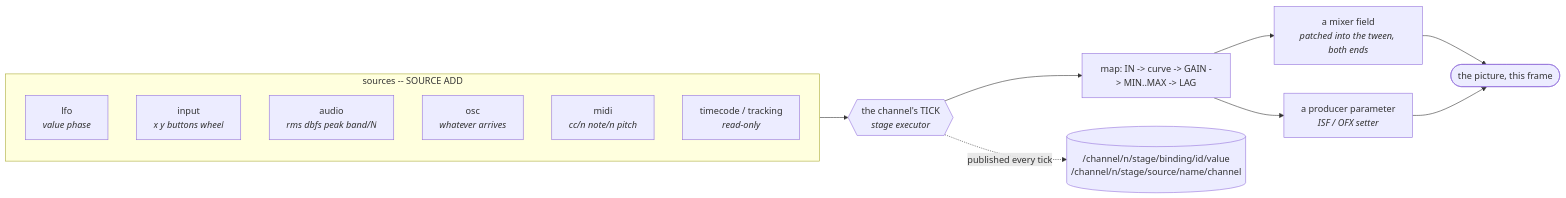
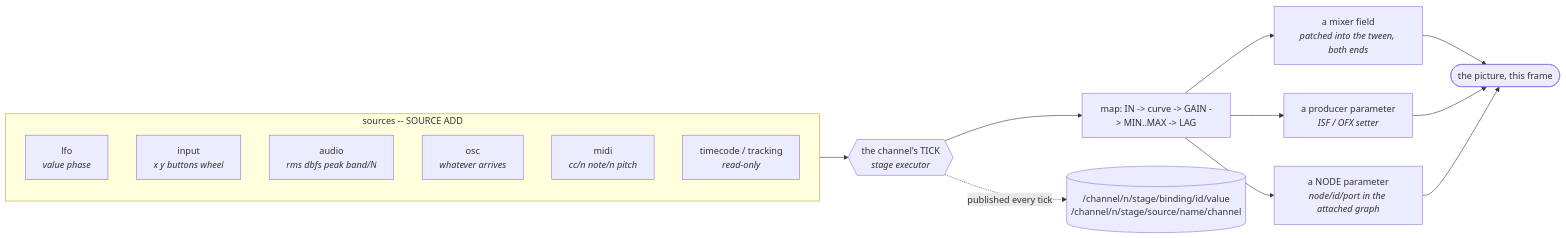
One commit to C-alcaide/server changed the diagram in docs/features/reactive.md. Above: the diagram before and after it, drawn with Mermaid. The commit also changed other lines of this file and 1 other file, not shown here.

First line of the commit message:
docs: a binding can drive a NODE parameter, and timeline.md contradicted itself about ranks

````diff
--- a/docs/features/reactive.md
+++ b/docs/features/reactive.md
@@ -46,18 +46,20 @@
 ```mermaid
 flowchart LR
     subgraph sources["sources -- SOURCE ADD"]
         LFO["lfo<br/><i>value phase</i>"]
         IN["input<br/><i>x y buttons wheel</i>"]
         AUD["audio<br/><i>rms dbfs peak band/N</i>"]
         OSC["osc<br/><i>whatever arrives</i>"]
         MIDI["midi<br/><i>cc/n note/n pitch</i>"]
         TC["timecode / tracking<br/><i>read-only</i>"]
     end
     sources --> TICK{{"the channel's TICK<br/><i>stage executor</i>"}}
     TICK --> XF["map: IN -> curve -> GAIN -> MIN..MAX -> LAG"]
     XF --> T1["a mixer field<br/><i>patched into the tween, both ends</i>"]
     XF --> T2["a producer parameter<br/><i>ISF / OFX setter</i>"]
+    XF --> T3["a NODE parameter<br/><i>node/id/port in the attached graph</i>"]
     T1 --> PIC(["the picture, this frame"])
     T2 --> PIC
+    T3 --> PIC
     TICK -.->|"published every tick"| PUB[("/channel/n/stage/binding/id/value<br/>/channel/n/stage/source/name/channel")]
 ```
````
